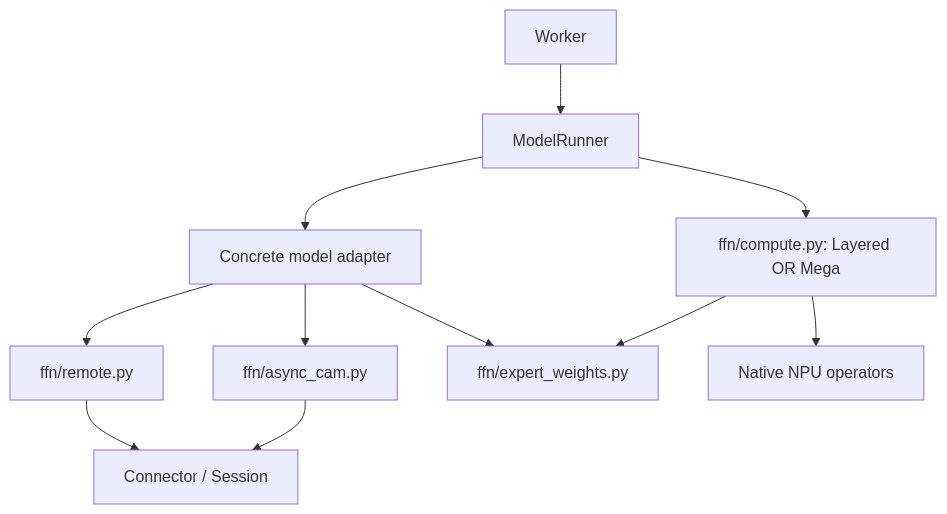
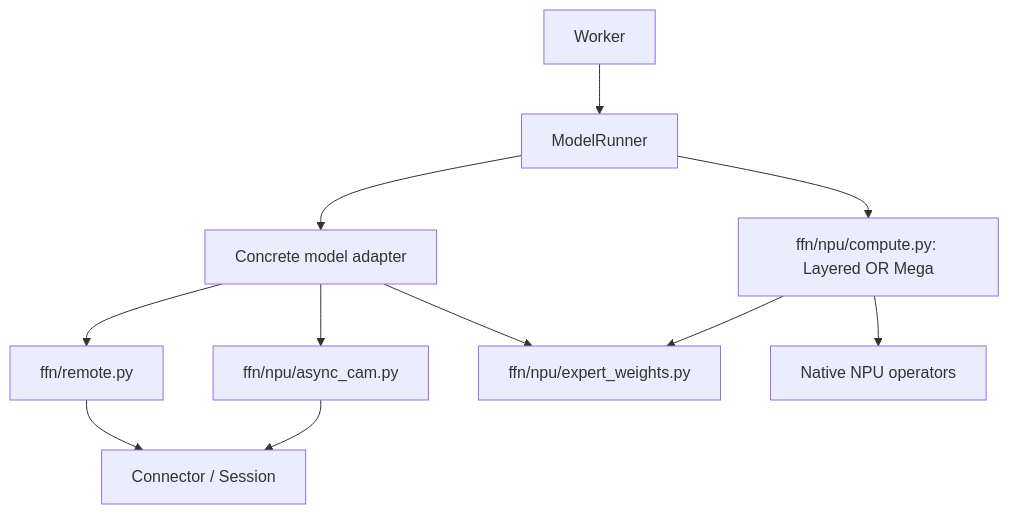
One commit to ms-llmd/afd-plugin changed the first of 2 diagrams in docs/design/module/model_integration.md. Above: the diagram before and after it, drawn with Mermaid. The commit also changed other lines of this file and 31 other files, not shown here.

Commit message:
refactor: isolate NPU FFN components

````diff
--- a/docs/design/module/model_integration.md
+++ b/docs/design/module/model_integration.md
@@ -72,13 +74,13 @@
 ```mermaid
 flowchart TD
     Worker[Worker] --> Runner[ModelRunner]
     Runner --> Model[Concrete model adapter]
     Model --> Remote[ffn/remote.py]
     Remote --> Connector[Connector / Session]
-    Model --> CAM[ffn/async_cam.py]
+    Model --> CAM[ffn/npu/async_cam.py]
     CAM --> Connector
-    Model --> Weights[ffn/expert_weights.py]
-    Runner --> Compute[ffn/compute.py: Layered OR Mega]
+    Model --> Weights[ffn/npu/expert_weights.py]
+    Runner --> Compute[ffn/npu/compute.py: Layered OR Mega]
     Compute --> Weights
     Compute --> Native[Native NPU operators]
 ```
````
